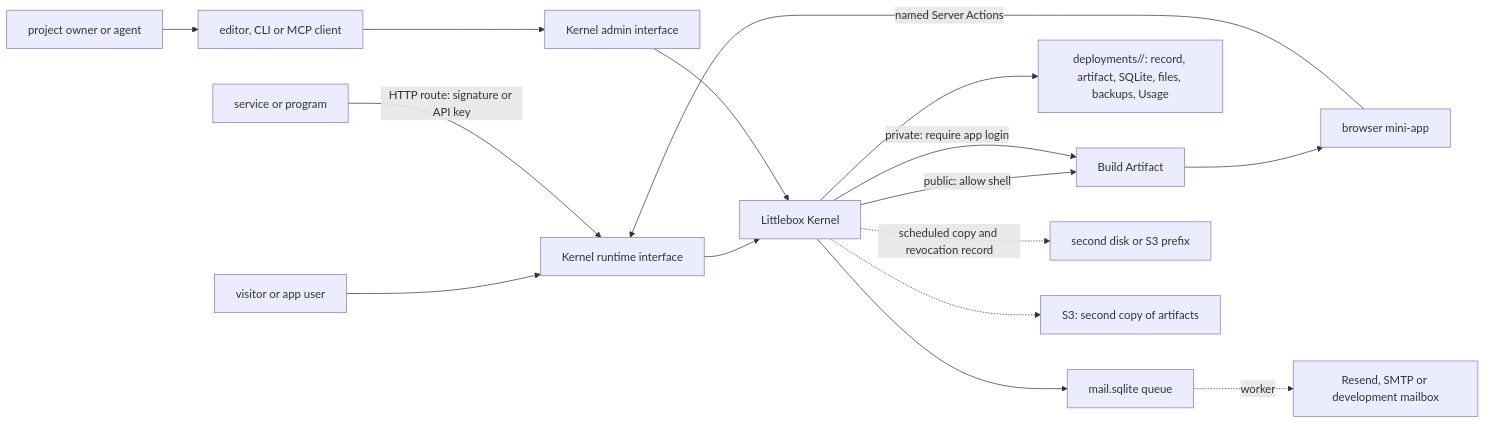
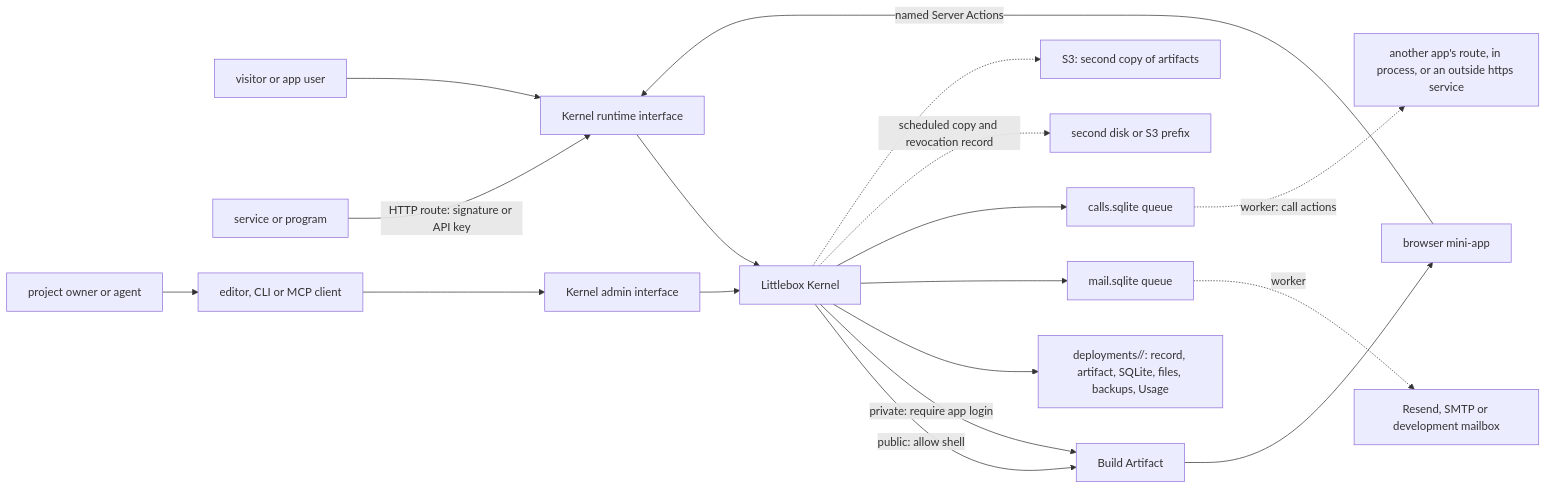
Before and after one commit to danibram/konae: the second of 2 diagrams in docs/architecture.md, drawn with Mermaid. The commit also changed other lines of this file and 39 other files, not shown here.

````diff
--- a/docs/architecture.md
+++ b/docs/architecture.md
@@ -47,18 +47,20 @@
 ```mermaid
 flowchart LR
   V["visitor or app user"] --> RI["Kernel runtime interface"]
   SV["service or program"] -->|"HTTP route: signature or API key"| RI
   RI --> K["Littlebox Kernel"]
   K -->|"public: allow shell"| C["Build Artifact"]
   K -->|"private: require app login"| C
   C --> B["browser mini-app"]
   B -->|"named Server Actions"| RI
   K --> DB["deployments/<id>/: record, artifact, SQLite, files, backups, Usage"]
   K --> MQ["mail.sqlite queue"]
   MQ -.->|"worker"| MP["Resend, SMTP or development mailbox"]
+  K --> CQ["calls.sqlite queue"]
+  CQ -.->|"worker: call actions"| OS["another app's route, in process, or an outside https service"]
   K -.->|"scheduled copy and revocation record"| CP["second disk or S3 prefix"]
   K -.-> S3["S3: second copy of artifacts"]
   O["project owner or agent"] --> E["editor, CLI or MCP client"]
   E --> AI["Kernel admin interface"]
   AI --> K
 ```
````
